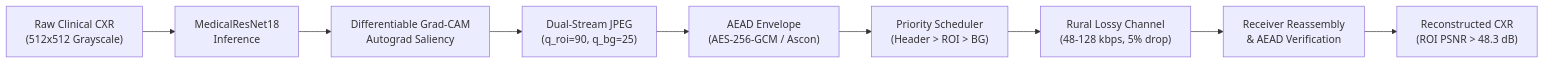
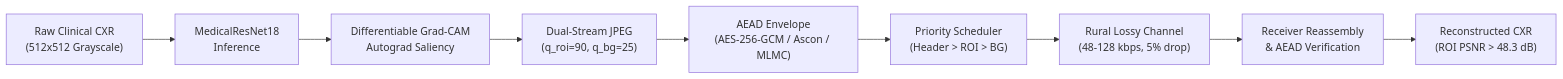
Before and after one commit to mikeydebug/MediLink-DL: the diagram in README.md, drawn with Mermaid. The commit also changed other lines of this file, not shown here.

````diff
--- a/README.md
+++ b/README.md
@@ -39,11 +55,11 @@
 ```mermaid
 flowchart LR
     A["Raw Clinical CXR<br/>(512x512 Grayscale)"] --> B["MedicalResNet18<br/>Inference"]
     B --> C["Differentiable Grad-CAM<br/>Autograd Saliency"]
     C --> D["Dual-Stream JPEG<br/>(q_roi=90, q_bg=25)"]
-    D --> E["AEAD Envelope<br/>(AES-256-GCM / Ascon)"]
+    D --> E["AEAD Envelope<br/>(AES-256-GCM / Ascon / MLMC)"]
     E --> F["Priority Scheduler<br/>(Header > ROI > BG)"]
     F --> G["Rural Lossy Channel<br/>(48-128 kbps, 5% drop)"]
     G --> H["Receiver Reassembly<br/>& AEAD Verification"]
     H --> I["Reconstructed CXR<br/>(ROI PSNR > 48.3 dB)"]
 ```
````
